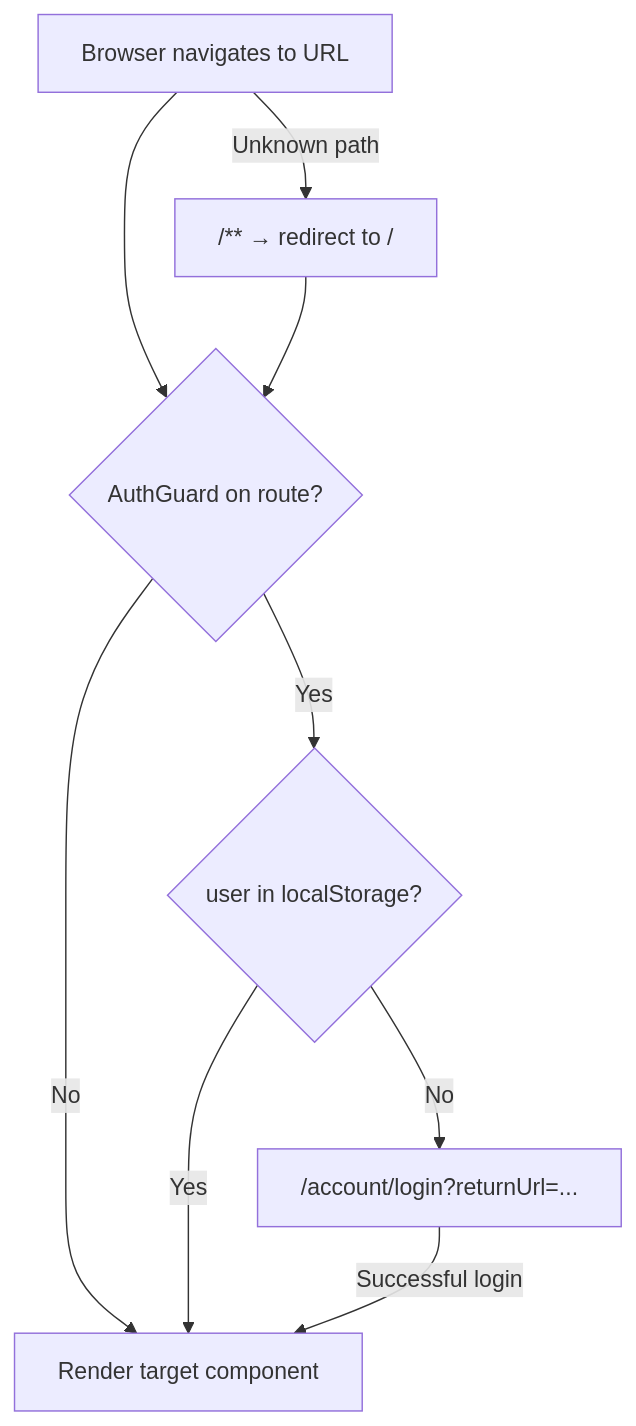
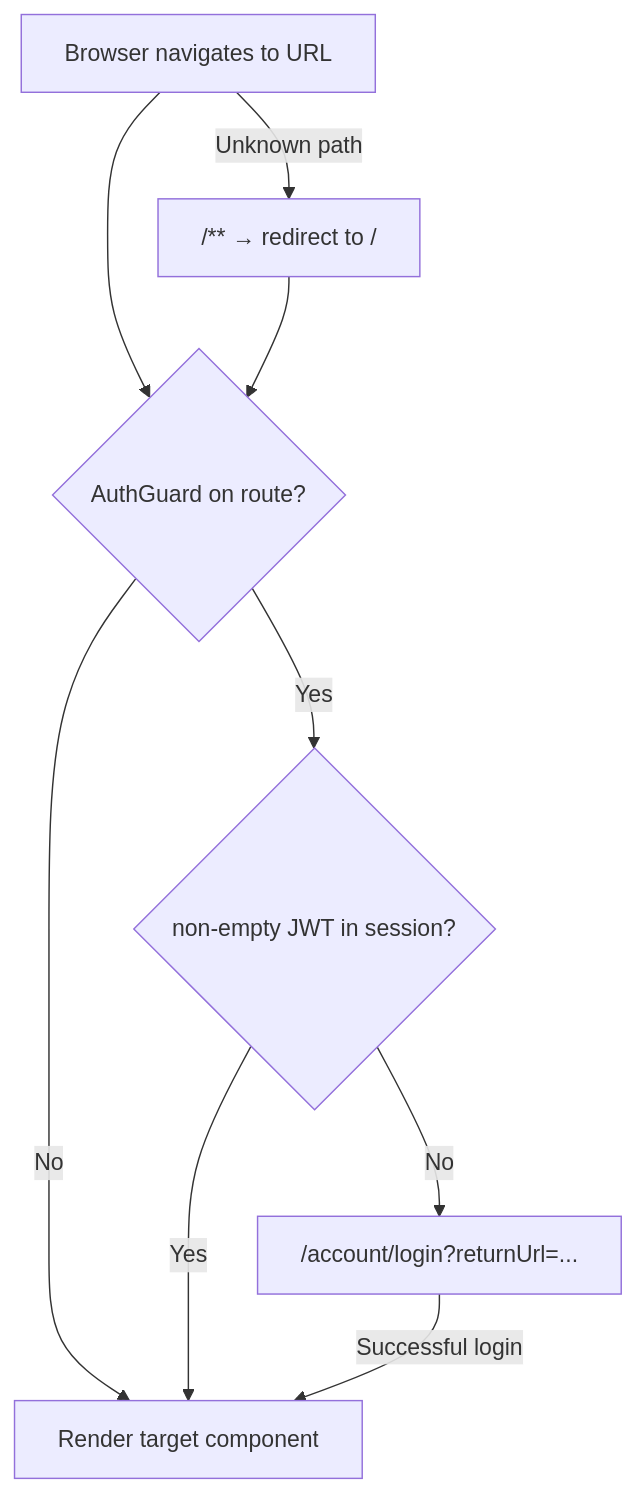
One commit to asalhallak/basic-user-management changed the diagram in docs/angular-routing.md. Above: the diagram before and after it, drawn with Mermaid. The commit also changed 6 other files, not shown here.

First line of the commit message:
fix(front-end): require non-empty JWT in JwtInterceptor (#135)

````diff
--- a/docs/angular-routing.md
+++ b/docs/angular-routing.md
@@ -30,18 +30,18 @@
 ```mermaid
 flowchart TD
     Visit[Browser navigates to URL]
     Guard{AuthGuard on route?}
-    HasUser{user in localStorage?}
+    HasUser{non-empty JWT in session?}
     Login["/account/login?returnUrl=..."]
     Component[Render target component]
     Wildcard["/** → redirect to /"]
 
     Visit --> Guard
     Guard -->|No| Component
     Guard -->|Yes| HasUser
     HasUser -->|Yes| Component
     HasUser -->|No| Login
     Login -->|Successful login| Component
     Visit -->|Unknown path| Wildcard
     Wildcard --> Guard
 ```
````
